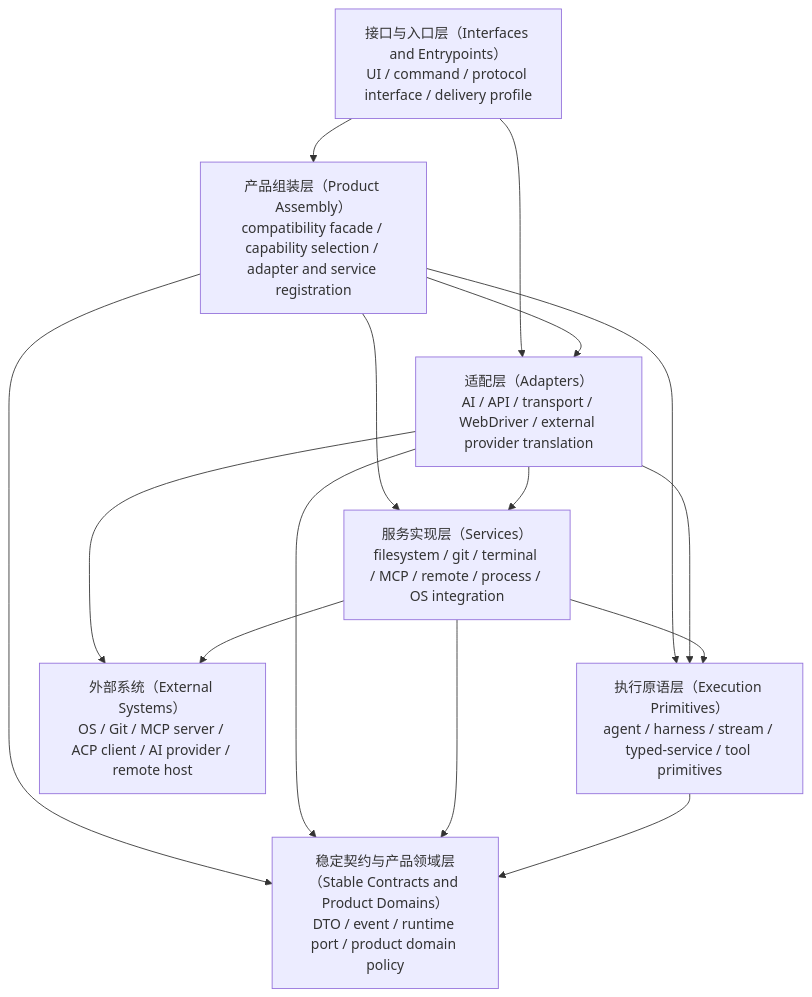
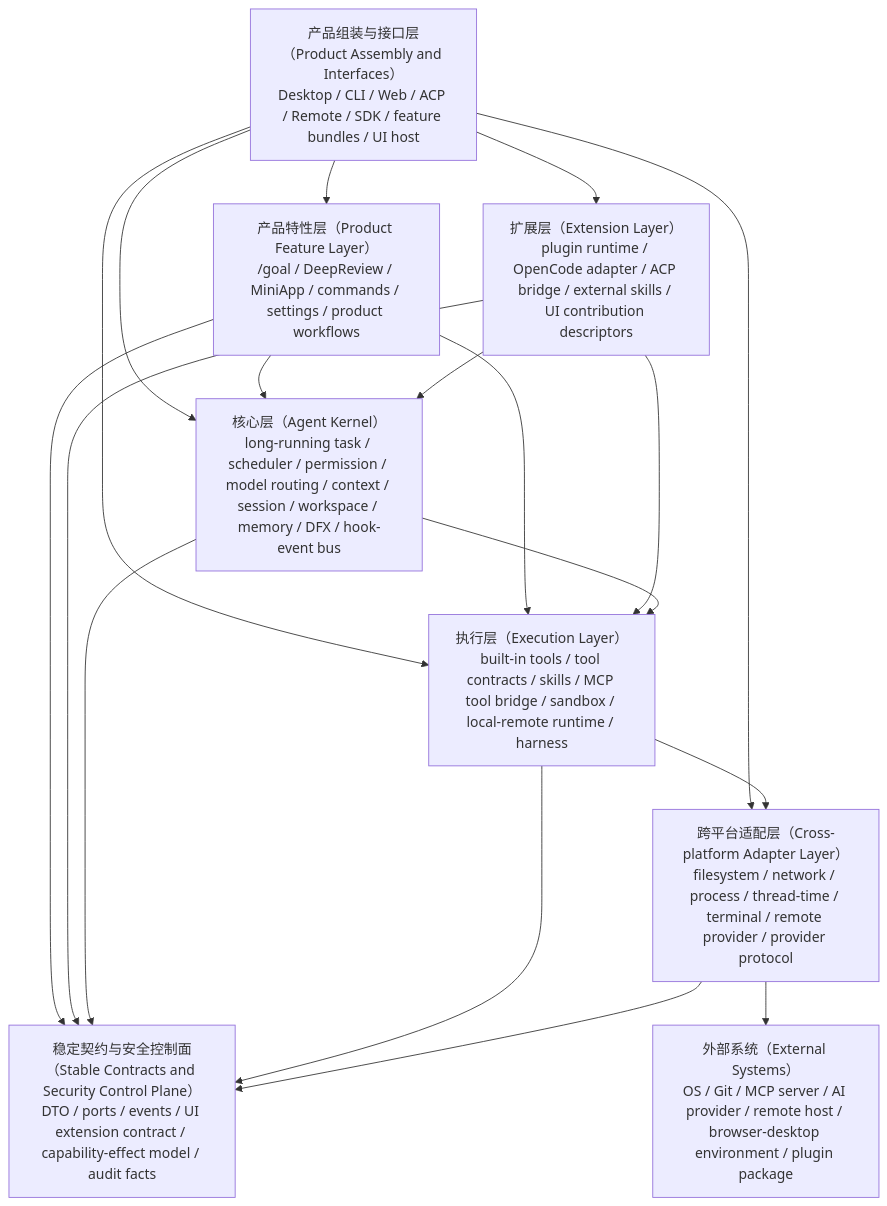
Before and after one commit to 1688mengdie/BitFun: the second of 2 diagrams in docs/architecture/core-decomposition.md, drawn with Mermaid. The commit also changed other lines of this file and 7 other files, not shown here.

Commit message:
docs: refine core decomposition architecture boundaries

````diff
--- a/docs/architecture/core-decomposition.md
+++ b/docs/architecture/core-decomposition.md
@@ -202,25 +157,29 @@
 ```mermaid
 flowchart TB
-  Interfaces["接口与入口层（Interfaces and Entrypoints）<br/>UI / command / protocol interface / delivery profile"]
-  Assembly["产品组装层（Product Assembly）<br/>compatibility facade / capability selection / adapter and service registration"]
-  Adapters["适配层（Adapters）<br/>AI / API / transport / WebDriver / external provider translation"]
-  Services["服务实现层（Services）<br/>filesystem / git / terminal / MCP / remote / process / OS integration"]
-  Execution["执行原语层（Execution Primitives）<br/>agent / harness / stream / typed-service / tool primitives"]
-  Contracts["稳定契约与产品领域层（Stable Contracts and Product Domains）<br/>DTO / event / runtime port / product domain policy"]
-  External["外部系统（External Systems）<br/>OS / Git / MCP server / ACP client / AI provider / remote host"]
+  Product["产品组装与接口层（Product Assembly and Interfaces）<br/>Desktop / CLI / Web / ACP / Remote / SDK / feature bundles / UI host"]
+  Feature["产品特性层（Product Feature Layer）<br/>/goal / DeepReview / MiniApp / commands / settings / product workflows"]
+  Extension["扩展层（Extension Layer）<br/>plugin runtime / OpenCode adapter / ACP bridge / external skills / UI contribution descriptors"]
+  Kernel["核心层（Agent Kernel）<br/>long-running task / scheduler / permission / model routing / context / session / workspace / memory / DFX / hook-event bus"]
+  Execution["执行层（Execution Layer）<br/>built-in tools / tool contracts / skills / MCP tool bridge / sandbox / local-remote runtime / harness"]
+  Platform["跨平台适配层（Cross-platform Adapter Layer）<br/>filesystem / network / process / thread-time / terminal / remote provider / provider protocol"]
+  Contracts["稳定契约与安全控制面（Stable Contracts and Security Control Plane）<br/>DTO / ports / events / UI extension contract / capability-effect model / audit facts"]
+  External["外部系统（External Systems）<br/>OS / Git / MCP server / AI provider / remote host / browser-desktop environment / plugin package"]
 
-  Interfaces --> Assembly
-  Interfaces --> Adapters
-  Assembly --> Adapters
-  Assembly --> Services
-  Assembly --> Execution
-  Assembly --> Contracts
-  Adapters --> Services
-  Adapters --> Execution
-  Adapters --> Contracts
-  Services --> Execution
-  Services --> Contracts
+  Product --> Feature
+  Product --> Extension
+  Product --> Kernel
+  Product --> Execution
+  Product --> Platform
+  Feature --> Kernel
+  Feature --> Execution
+  Feature --> Contracts
+  Extension --> Kernel
+  Extension --> Execution
+  Extension --> Contracts
+  Kernel --> Execution
+  Kernel --> Contracts
+  Execution --> Platform
   Execution --> Contracts
-  Adapters --> External
-  Services --> External
+  Platform --> Contracts
+  Platform --> External
 ```
````
